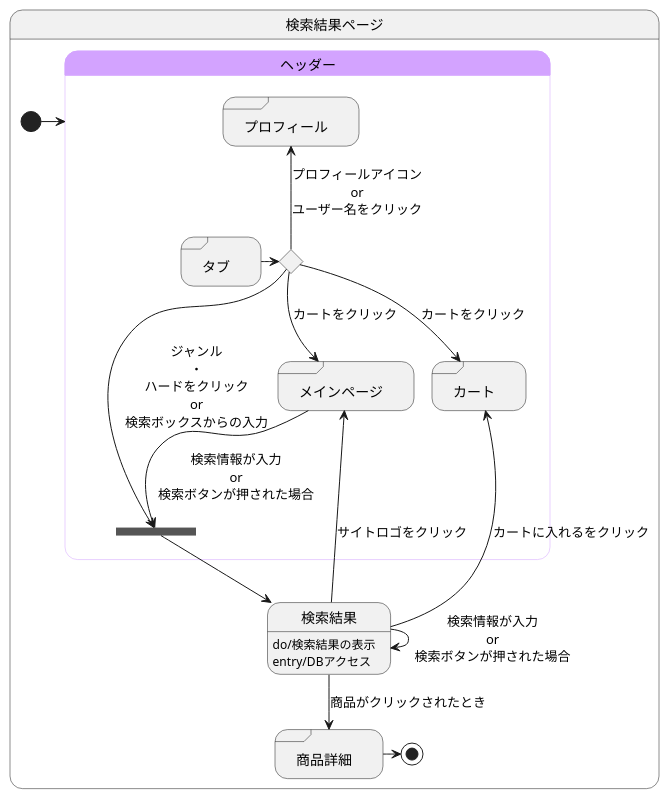
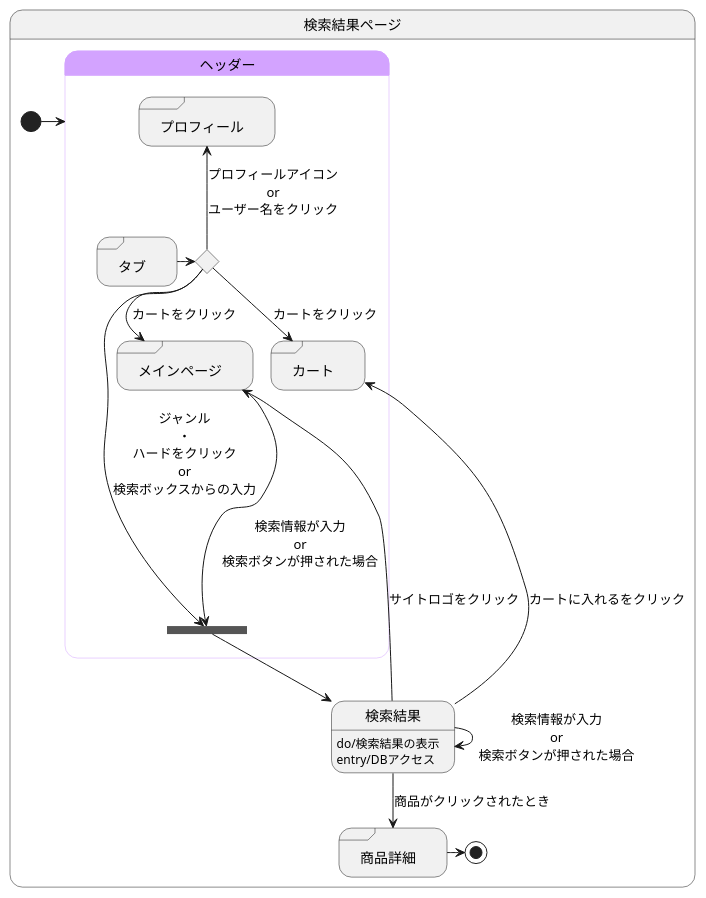
One commit to akutori/T-D-E changed the diagram in 検索結果.md. Above: the diagram before and after it, drawn with PlantUML.

Commit message:
修正

````diff
--- a/検索結果.md
+++ b/検索結果.md
@@ -1,45 +1,45 @@
 ```uml
 @startuml
 state 検索結果ページ{
 
 
     state 検索結果:do/検索結果の表示
     state 検索結果:entry/DBアクセス
     state "商品詳細" as goodsdetail <<sdlreceive>>
     
 
 
     [*] -> ヘッダー
     
     検索結果 --> goodsdetail :商品がクリックされたとき
     検索結果 --> 検索結果 :検索情報が入力\nor\n検索ボタンが押された場合
     goodsdetail -> [*]
     
 
     state ヘッダー<<headder>>{
         state join_header <<join>>
         state ifinput <<choice>>
         state "タブ" as tab <<sdlreceive>>
         state "カート" as cart <<sdlreceive>>
         state "プロフィール" as profile <<sdlreceive>>
         state "メインページ" as mainpage <<sdlreceive>>
 
         tab -> ifinput 
         ifinput --> cart :カートをクリック
         ifinput -up-> profile :プロフィールアイコン\nor\nユーザー名をクリック
         ifinput --> mainpage :カートをクリック
-        ifinput --> join_header :ジャンル\n・\nハードをクリック\nor\n検索ボックスからの入力
+        ifinput -left-> join_header :ジャンル\n・\nハードをクリック\nor\n検索ボックスからの入力
 
-        mainpage --> join_header :検索情報が入力\nor\n検索ボタンが押された場合
+        mainpage ---> join_header :検索情報が入力\nor\n検索ボタンが押された場合
         検索結果 -up-> mainpage :サイトロゴをクリック
         join_header --> 検索結果
         検索結果 -left-> cart : カートに入れるをクリック
     }
 
     skinparam stateBorderColor<<headder>> #d3a3ff
     state ヘッダー #d3a3ff
 
 }
 
 @enduml
 ```
````
